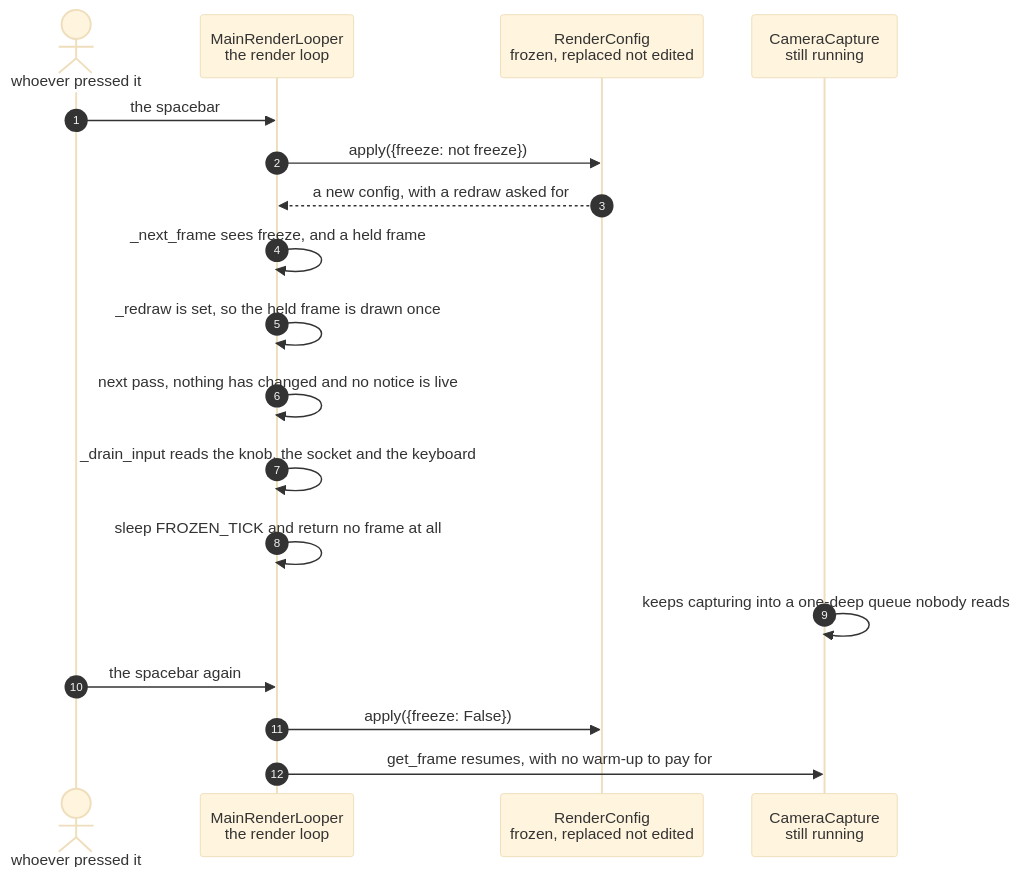
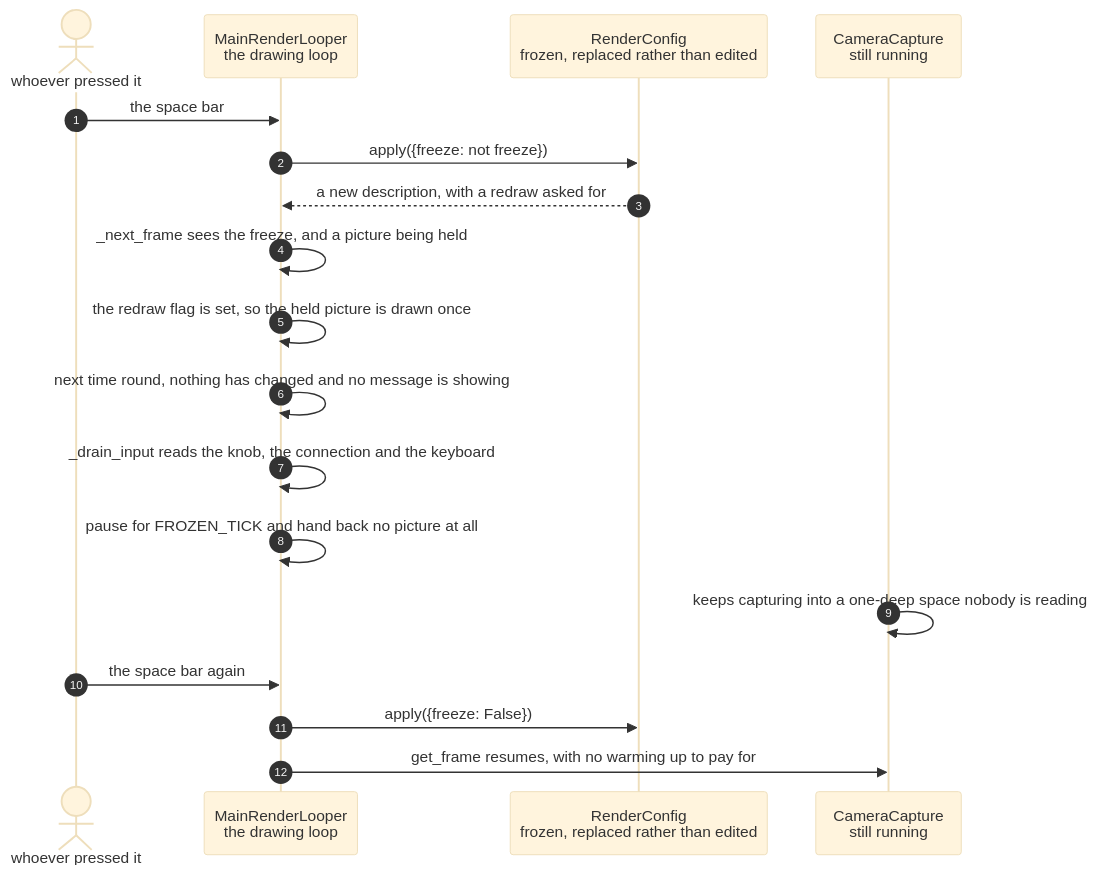
One commit to replicant1/AsciiArt-Pi changed the diagram in docs/scenarios/a-frozen-picture-is-held-without-redrawing-or-spi-traffic.md. Above: the diagram before and after it, drawn with Mermaid (base theme). The commit also changed other lines of this file and 4 other files, not shown here.

````diff
--- a/docs/scenarios/a-frozen-picture-is-held-without-redrawing-or-spi-traffic.md
+++ b/docs/scenarios/a-frozen-picture-is-held-without-redrawing-or-spi-traffic.md
@@ -31,21 +39,21 @@
 ```mermaid
 sequenceDiagram
     autonumber
     actor P as whoever pressed it
-    participant Looper as MainRenderLooper<br/>the render loop
-    participant Cfg as RenderConfig<br/>frozen, replaced not edited
+    participant Looper as MainRenderLooper<br/>the drawing loop
+    participant Cfg as RenderConfig<br/>frozen, replaced rather than edited
     participant Cam as CameraCapture<br/>still running
 
-    P->>Looper: the spacebar
+    P->>Looper: the space bar
     Looper->>Cfg: apply({freeze: not freeze})
-    Cfg-->>Looper: a new config, with a redraw asked for
-    Looper->>Looper: _next_frame sees freeze, and a held frame
-    Looper->>Looper: _redraw is set, so the held frame is drawn once
-    Looper->>Looper: next pass, nothing has changed and no notice is live
-    Looper->>Looper: _drain_input reads the knob, the socket and the keyboard
-    Looper->>Looper: sleep FROZEN_TICK and return no frame at all
-    Cam->>Cam: keeps capturing into a one-deep queue nobody reads
-    P->>Looper: the spacebar again
+    Cfg-->>Looper: a new description, with a redraw asked for
+    Looper->>Looper: _next_frame sees the freeze, and a picture being held
+    Looper->>Looper: the redraw flag is set, so the held picture is drawn once
+    Looper->>Looper: next time round, nothing has changed and no message is showing
+    Looper->>Looper: _drain_input reads the knob, the connection and the keyboard
+    Looper->>Looper: pause for FROZEN_TICK and hand back no picture at all
+    Cam->>Cam: keeps capturing into a one-deep space nobody is reading
+    P->>Looper: the space bar again
     Looper->>Cfg: apply({freeze: False})
-    Looper->>Cam: get_frame resumes, with no warm-up to pay for
+    Looper->>Cam: get_frame resumes, with no warming up to pay for
 ```
````
